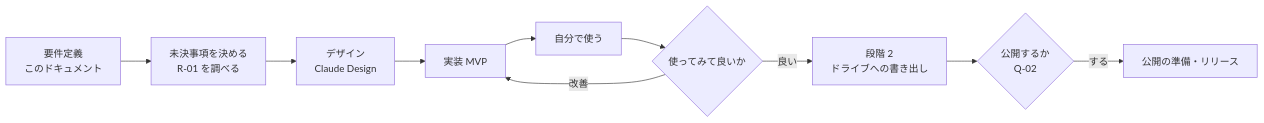
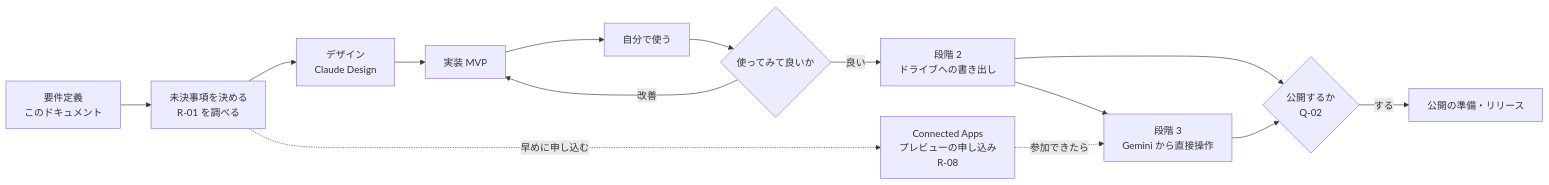
One commit to p-ota-q/inventory changed the fifth of 5 diagrams in apps/recipe-book/docs/requirements.md. Above: the diagram before and after it, drawn with Mermaid. The commit also changed other lines of this file and 1 other file, not shown here.

First line of the commit message:
docs(apps/recipe-book): Gemini から直接、保存・記録・修正できる経路を足す（要件定義 v0.2）

````diff
--- a/apps/recipe-book/docs/requirements.md
+++ b/apps/recipe-book/docs/requirements.md
@@ -567,12 +629,16 @@
 ```mermaid
 flowchart LR
   A[要件定義<br/>このドキュメント] --> B[未決事項を決める<br/>R-01 を調べる]
   B --> C[デザイン<br/>Claude Design]
   C --> D[実装 MVP]
   D --> E[自分で使う]
   E --> F{使ってみて良いか}
   F -->|改善| D
   F -->|良い| G[段階 2<br/>ドライブへの書き出し]
+  G --> J[段階 3<br/>Gemini から直接操作]
   G --> H{公開するか<br/>Q-02}
+  J --> H
   H -->|する| I[公開の準備・リリース]
+  B -.->|早めに申し込む| P[Connected Apps<br/>プレビューの申し込み<br/>R-08]
+  P -.->|参加できたら| J
 ```
````
